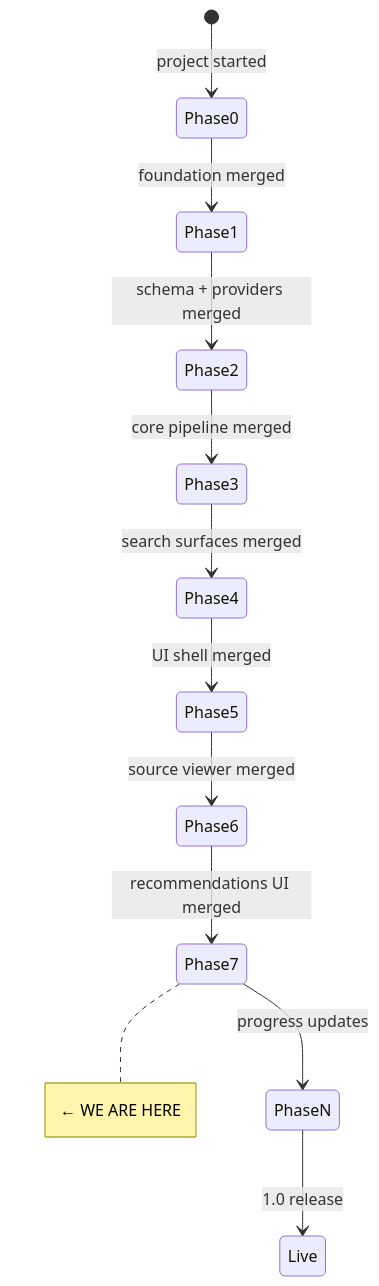
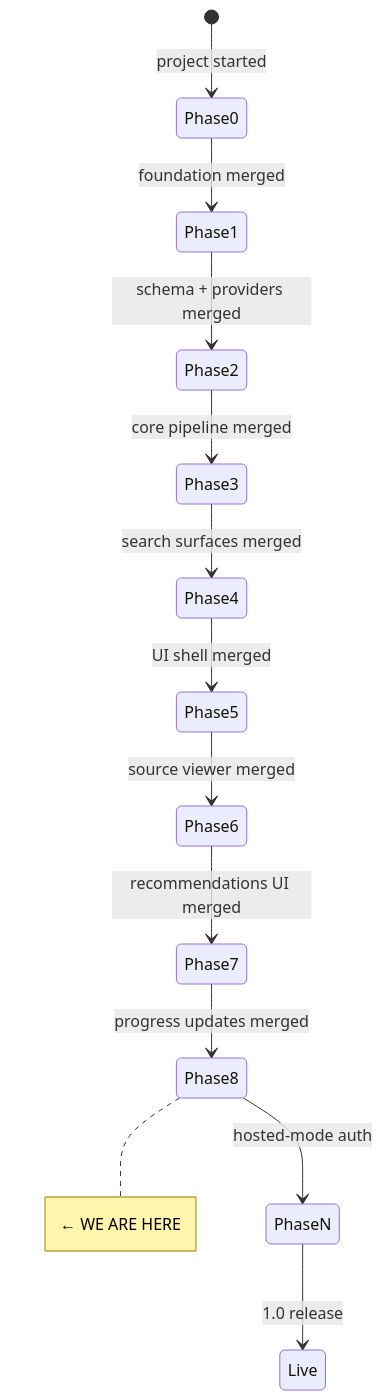
The diagram in STATE.md (dataforaction-tom/open-recs-local), drawn with Mermaid before and after one commit. The commit also changed other lines of this file and 29 other files, not shown here.

First line of the commit message:
phase 7: progress updates (form, list, status transitions, EditableSelectCell) (#11)

````diff
--- a/STATE.md
+++ b/STATE.md
@@ -7,15 +7,16 @@
 ```mermaid
 stateDiagram-v2
     [*] --> Phase0: project started
     Phase0 --> Phase1: foundation merged
     Phase1 --> Phase2: schema + providers merged
     Phase2 --> Phase3: core pipeline merged
     Phase3 --> Phase4: search surfaces merged
     Phase4 --> Phase5: UI shell merged
     Phase5 --> Phase6: source viewer merged
     Phase6 --> Phase7: recommendations UI merged
-    Phase7 --> PhaseN: progress updates
+    Phase7 --> Phase8: progress updates merged
+    Phase8 --> PhaseN: hosted-mode auth
     PhaseN --> Live: 1.0 release
 
-    note right of Phase7: ← WE ARE HERE
+    note right of Phase8: ← WE ARE HERE
 ```
````
